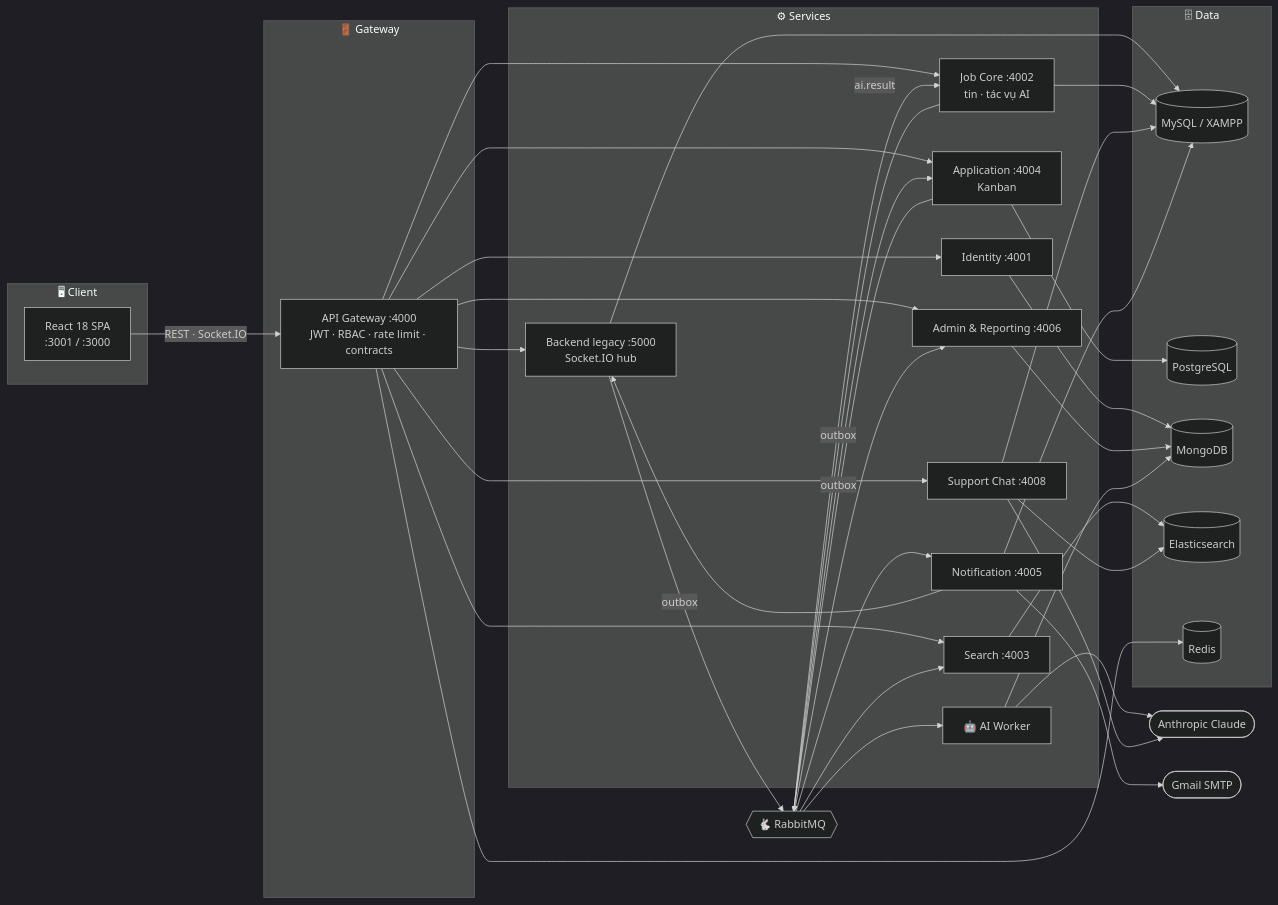
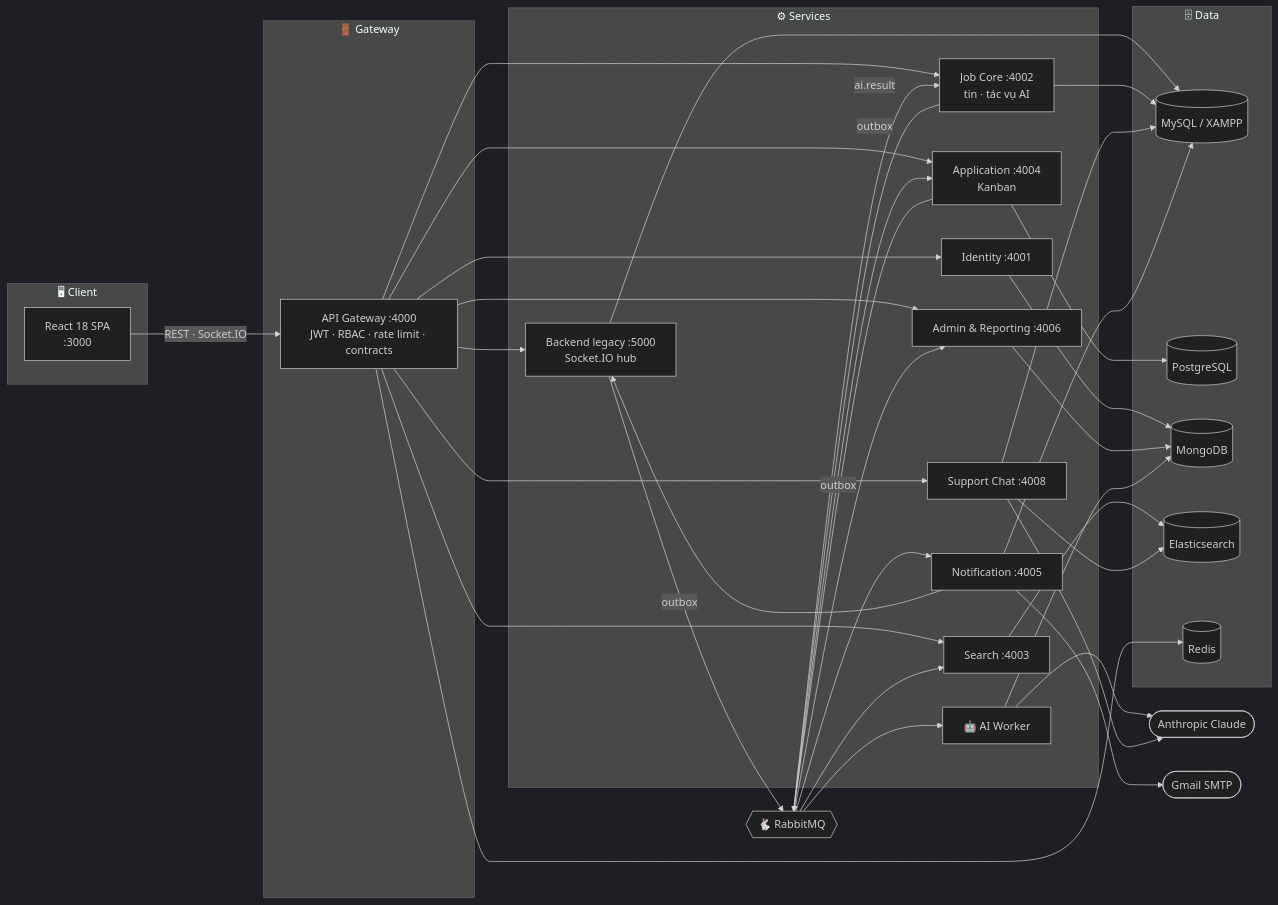
One commit to nguyentuanthien2384/DALN_JobFind changed the second of 3 diagrams in README.md. Above: the diagram before and after it, drawn with Mermaid (dark theme). The commit also changed other lines of this file and 32 other files, not shown here.

````diff
--- a/README.md
+++ b/README.md
@@ -264,54 +264,54 @@
 ```mermaid
 flowchart LR
     subgraph Client["🖥 Client"]
-        UI["React 18 SPA<br/>:3001 / :3000"]
+        UI["React 18 SPA<br/>:3000"]
     end
 
     subgraph Edge["🚪 Gateway"]
         GW["API Gateway :4000<br/>JWT · RBAC · rate limit · contracts"]
     end
 
     subgraph Services["⚙ Services"]
         Legacy["Backend legacy :5000<br/>Socket.IO hub"]
         Identity["Identity :4001"]
         Job["Job Core :4002<br/>tin · tác vụ AI"]
         Search["Search :4003"]
         Apps["Application :4004<br/>Kanban"]
         Notify["Notification :4005"]
         Admin["Admin & Reporting :4006"]
         Support["Support Chat :4008"]
         AI["🤖 AI Worker"]
     end
 
     subgraph Data["🗄 Data"]
         MySQL[("MySQL / XAMPP")]
         Postgres[("PostgreSQL")]
         Mongo[("MongoDB")]
         ES[("Elasticsearch")]
         Redis[("Redis")]
     end
 
     MQ{{"🐇 RabbitMQ"}}
     Claude(["Anthropic Claude"])
     Mail(["Gmail SMTP"])
 
     UI -->|"REST · Socket.IO"| GW
     GW --> Legacy & Identity & Job & Search & Apps & Admin & Support
     Legacy --> MySQL
     Job --> MySQL
     Apps --> Postgres
     Identity --> Mongo
     Admin --> Mongo
     Search --> ES
     Support --> MySQL & ES
     Notify --> MySQL
     GW --> Redis
     Legacy & Job & Apps -->|outbox| MQ
     MQ --> Search & AI & Notify & Admin & Apps
     MQ -->|ai.result| Job
     AI --> Mongo
     AI --> Claude
     Support --> Claude
     Notify --> Mail
     Notify --> Legacy
 ```
````
